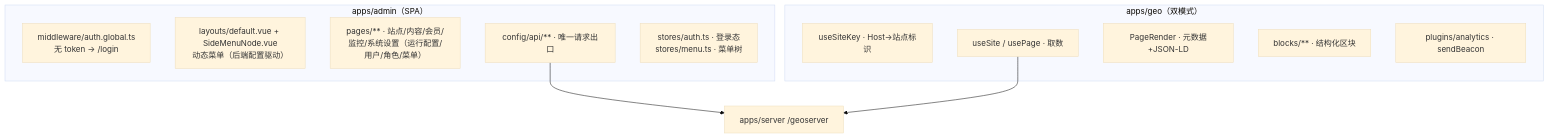
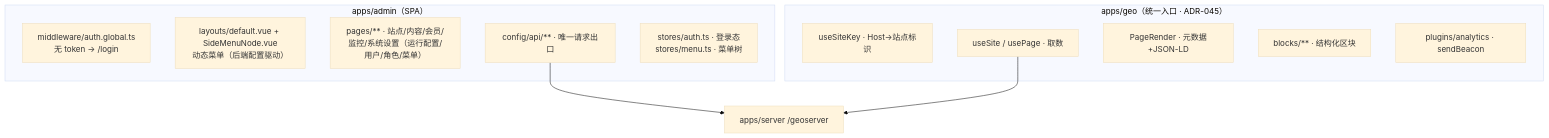
Before and after one commit to ht-sauce/trillion-cms-platform: the first of 3 diagrams in docs/spec/03-frontend-architecture.md, drawn with Mermaid (base theme). The commit also changed other lines of this file and 30 other files, not shown here.

````diff
--- a/docs/spec/03-frontend-architecture.md
+++ b/docs/spec/03-frontend-architecture.md
@@ -20,22 +20,22 @@
 ```mermaid
 flowchart TB
   subgraph admin["apps/admin（SPA）"]
     A1["middleware/auth.global.ts<br/>无 token → /login"]
     A2["layouts/default.vue + SideMenuNode.vue<br/>动态菜单（后端配置驱动）"]
     A3["pages/** · 站点/内容/会员/监控/系统设置（运行配置/用户/角色/菜单）"]
     A4["config/api/** · 唯一请求出口"]
     A5["stores/auth.ts · 登录态<br/>stores/menu.ts · 菜单树"]
   end
 
-  subgraph geo["apps/geo（双模式）"]
+  subgraph geo["apps/geo（统一入口 · ADR-045）"]
     G1["useSiteKey · Host→站点标识"]
     G2["useSite / usePage · 取数"]
     G3["PageRender · 元数据+JSON-LD"]
     G4["blocks/** · 结构化区块"]
     G5["plugins/analytics · sendBeacon"]
   end
 
   API["apps/server /geoserver"]
   A4 --> API
   G2 --> API
 ```
````
